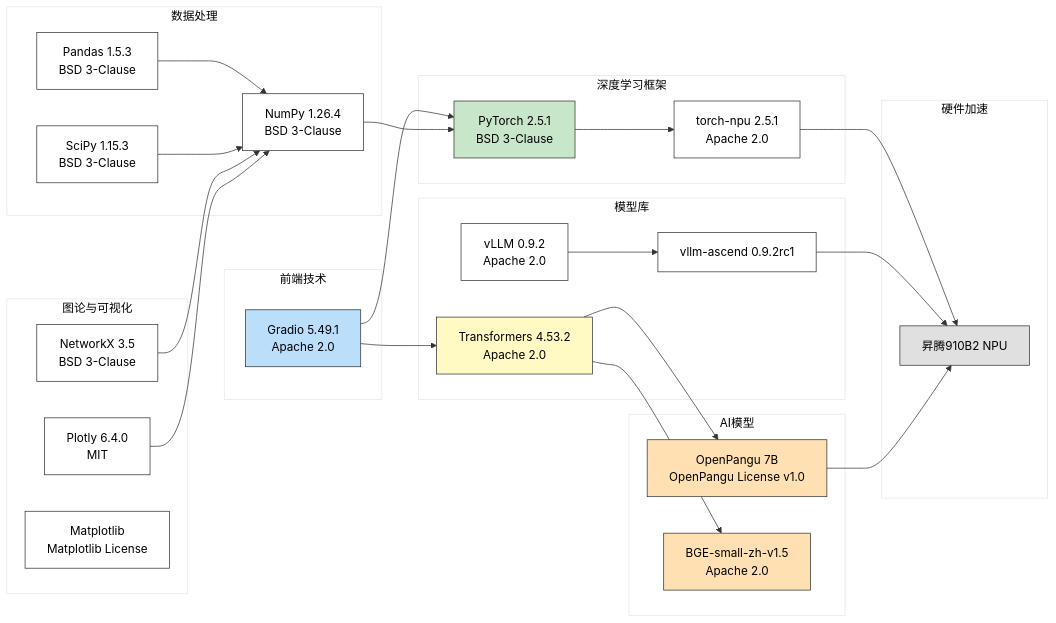
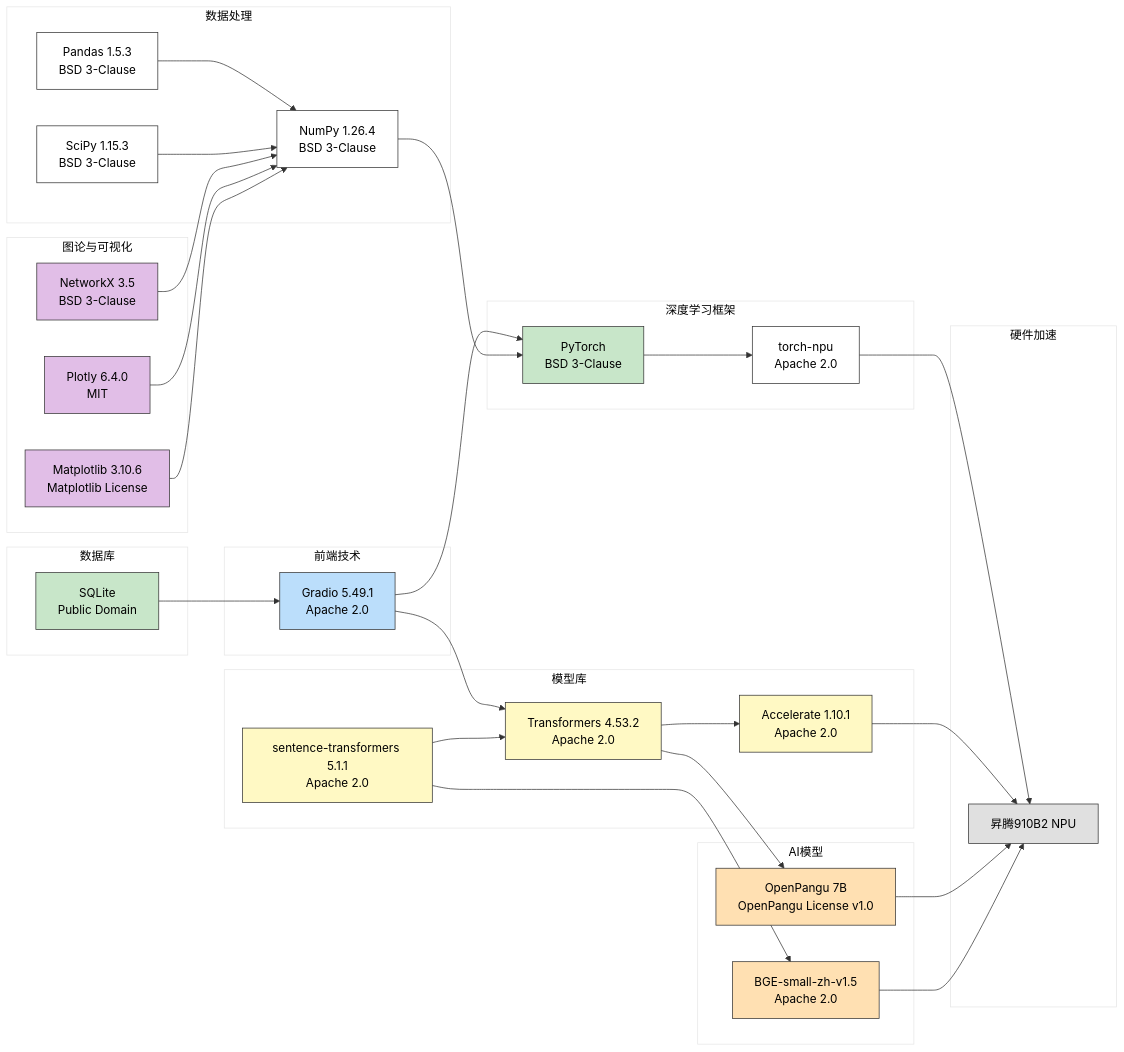
The second of 3 diagrams in README.md (muchaucey/PersonalExam), drawn with Mermaid before and after one commit.

Commit message:
docs: 更新主要技术栈mermaid图，与实际代码实现保持一致
- 添加Accelerate库（模型加速）
- 添加sentence-transformers库（BGE嵌入模型）
- 添加SQLite数据库
- 更新Matplotlib版本号
- 优化技术栈连接关系，更准确反映依赖关系

````diff
--- a/README.md
+++ b/README.md
@@ -189,62 +189,77 @@
 ```mermaid
 %%{init: {'theme':'base', 'themeVariables': {'primaryBackgroundColor':'#ffffff', 'primaryTextColor':'#000000', 'primaryBorderColor':'#333333', 'lineColor':'#333333', 'edgeLabelBackground':'#ffffff', 'secondaryColor':'#f0f0f0', 'tertiaryColor':'#ffffff', 'mainBkgColor':'#ffffff', 'secondBkgColor':'#f5f5f5', 'tertiaryBkgColor':'#ffffff', 'background':'#ffffff', 'primaryColor':'#ffffff'}}}%%
 graph LR
     subgraph 前端技术["前端技术"]
         Gradio["Gradio 5.49.1<br/>Apache 2.0"]
     end
     
     subgraph 深度学习框架["深度学习框架"]
-        PyTorch["PyTorch 2.5.1<br/>BSD 3-Clause"]
-        TorchNPU["torch-npu 2.5.1<br/>Apache 2.0"]
+        PyTorch["PyTorch<br/>BSD 3-Clause"]
+        TorchNPU["torch-npu<br/>Apache 2.0"]
     end
     
     subgraph 模型库["模型库"]
         Transformers["Transformers 4.53.2<br/>Apache 2.0"]
-        VLLM["vLLM 0.9.2<br/>Apache 2.0"]
-        VLLMAscend["vllm-ascend 0.9.2rc1"]
+        Accelerate["Accelerate 1.10.1<br/>Apache 2.0"]
+        SentenceTransformers["sentence-transformers 5.1.1<br/>Apache 2.0"]
     end
     
     subgraph 数据处理["数据处理"]
         NumPy["NumPy 1.26.4<br/>BSD 3-Clause"]
         Pandas["Pandas 1.5.3<br/>BSD 3-Clause"]
         SciPy["SciPy 1.15.3<br/>BSD 3-Clause"]
     end
     
     subgraph 图论可视化["图论与可视化"]
         NetworkX["NetworkX 3.5<br/>BSD 3-Clause"]
         Plotly["Plotly 6.4.0<br/>MIT"]
-        Matplotlib["Matplotlib<br/>Matplotlib License"]
+        Matplotlib["Matplotlib 3.10.6<br/>Matplotlib License"]
+    end
+    
+    subgraph 数据库["数据库"]
+        SQLite["SQLite<br/>Public Domain"]
     end
     
     subgraph AI模型["AI模型"]
         OpenPangu["OpenPangu 7B<br/>OpenPangu License v1.0"]
         BGE["BGE-small-zh-v1.5<br/>Apache 2.0"]
     end
     
     subgraph 硬件加速["硬件加速"]
         NPU["昇腾910B2 NPU"]
     end
     
     Gradio --> PyTorch
     Gradio --> Transformers
     PyTorch --> TorchNPU
     TorchNPU --> NPU
     Transformers --> OpenPangu
-    Transformers --> BGE
-    VLLM --> VLLMAscend
-    VLLMAscend --> NPU
+    Transformers --> Accelerate
+    Accelerate --> NPU
+    SentenceTransformers --> BGE
+    SentenceTransformers --> Transformers
     OpenPangu --> NPU
+    BGE --> NPU
     
     NumPy --> PyTorch
     Pandas --> NumPy
     SciPy --> NumPy
     NetworkX --> NumPy
     Plotly --> NumPy
+    Matplotlib --> NumPy
+    
+    SQLite --> Gradio
     
     style Gradio fill:#BBDEFB
     style PyTorch fill:#C8E6C9
     style Transformers fill:#FFF9C4
+    style Accelerate fill:#FFF9C4
+    style SentenceTransformers fill:#FFF9C4
     style OpenPangu fill:#FFE0B2
     style BGE fill:#FFE0B2
     style NPU fill:#E0E0E0
+    style SQLite fill:#C8E6C9
+    style NetworkX fill:#E1BEE7
+    style Plotly fill:#E1BEE7
+    style Matplotlib fill:#E1BEE7
 ```
````
